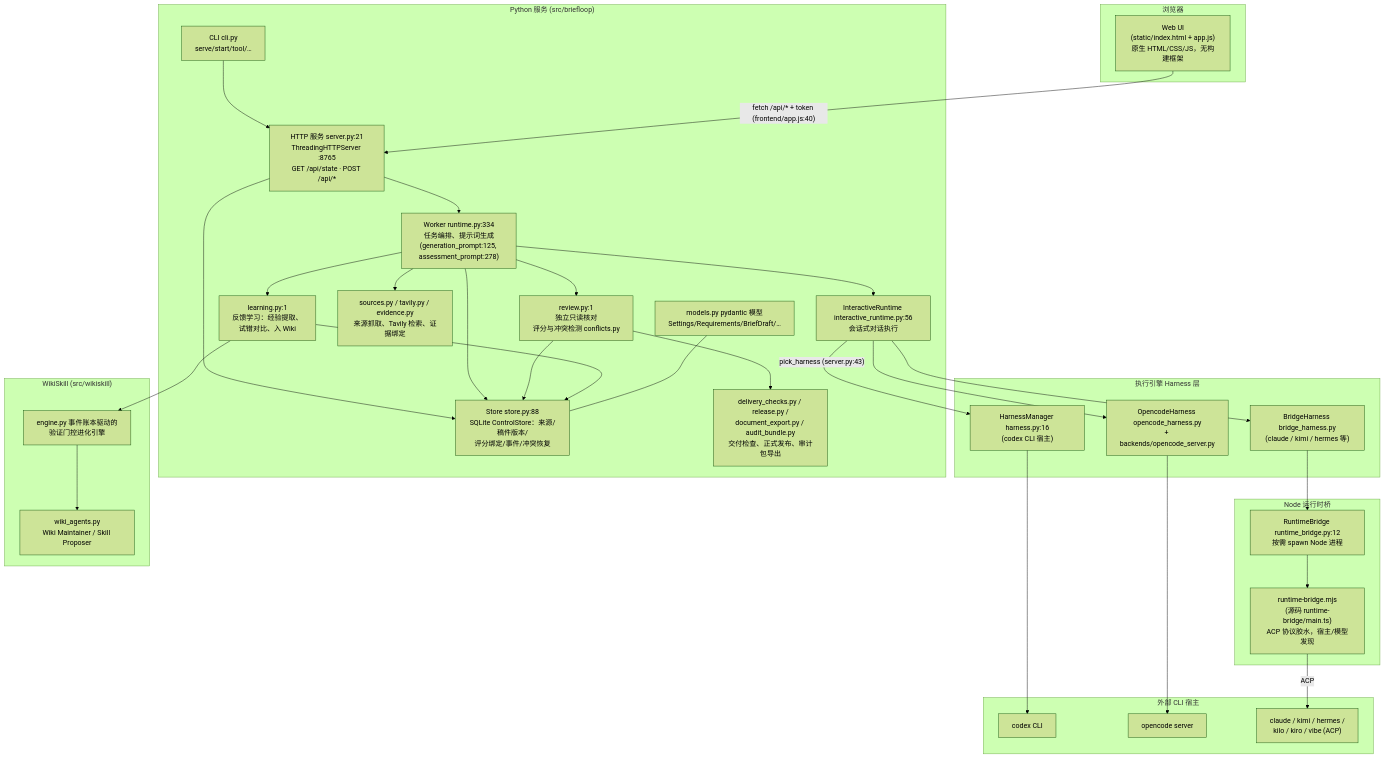
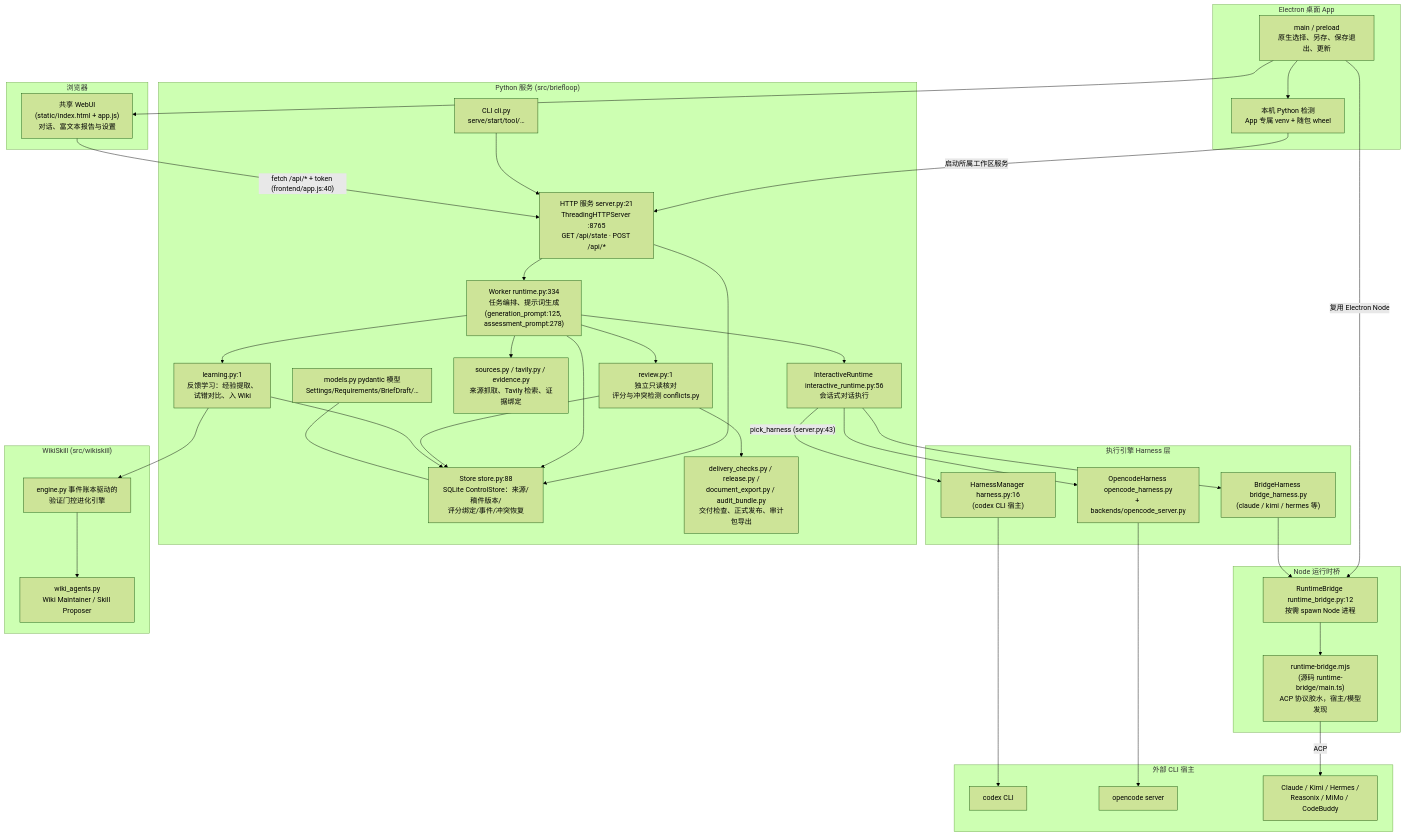
Before and after one commit to Stahl-G/briefloop: the diagram in docs/architecture.md, drawn with Mermaid (forest theme). The commit also changed other lines of this file and 1 other file, not shown here.

Commit message:
Update runtime and architecture guides for desktop release

````diff
--- a/docs/architecture.md
+++ b/docs/architecture.md
@@ -7,65 +7,74 @@
 ```mermaid
 flowchart TB
     subgraph 浏览器
-        UI["Web UI<br/>(static/index.html + app.js)<br/>原生 HTML/CSS/JS，无构建框架"]
+        UI["共享 WebUI<br/>(static/index.html + app.js)<br/>对话、富文本报告与设置"]
+    end
+
+    subgraph 桌面 ["Electron 桌面 App"]
+        APP["main / preload<br/>原生选择、另存、保存退出、更新"]
+        ENV["本机 Python 检测<br/>App 专属 venv + 随包 wheel"]
     end
 
     subgraph Python 服务 ["Python 服务 (src/briefloop)"]
         SRV["HTTP 服务 server.py:21<br/>ThreadingHTTPServer :8765<br/>GET /api/state · POST /api/*"]
         CLI["CLI cli.py<br/>serve/start/tool/…"]
         WK["Worker runtime.py:334<br/>任务编排、提示词生成<br/>(generation_prompt:125, assessment_prompt:278)"]
         IR["InteractiveRuntime interactive_runtime.py:56<br/>会话式对话执行"]
         ST["Store store.py:88<br/>SQLite ControlStore：来源/稿件版本/<br/>评分绑定/事件/冲突恢复"]
         MD["models.py pydantic 模型<br/>Settings/Requirements/BriefDraft/…"]
         SRC["sources.py / tavily.py / evidence.py<br/>来源抓取、Tavily 检索、证据绑定"]
         RV["review.py:1<br/>独立只读核对<br/>评分与冲突检测 conflicts.py"]
         DL["delivery_checks.py / release.py /<br/>document_export.py / audit_bundle.py<br/>交付检查、正式发布、审计包导出"]
         LRN["learning.py:1<br/>反馈学习：经验提取、<br/>试错对比、入 Wiki"]
     end
 
     subgraph 执行引擎层 ["执行引擎 Harness 层"]
         HM["HarnessManager harness.py:16<br/>(codex CLI 宿主)"]
         OH["OpencodeHarness opencode_harness.py<br/>+ backends/opencode_server.py"]
         BH["BridgeHarness bridge_harness.py<br/>(claude / kimi / hermes 等)"]
     end
 
     subgraph Node 桥 ["Node 运行时桥"]
         RB["RuntimeBridge runtime_bridge.py:12<br/>按需 spawn Node 进程"]
         TS["runtime-bridge.mjs<br/>(源码 runtime-bridge/main.ts)<br/>ACP 协议胶水，宿主/模型发现"]
     end
 
     subgraph 模型宿主 ["外部 CLI 宿主"]
         CODEX["codex CLI"]
         OC["opencode server"]
-        ACP["claude / kimi / hermes /<br/>kilo / kiro / vibe (ACP)"]
+        ACP["Claude / Kimi / Hermes /<br/>Reasonix / MiMo / CodeBuddy"]
     end
 
     subgraph 学习与技能 ["WikiSkill (src/wikiskill)"]
         ENG["engine.py 事件账本驱动的<br/>验证门控进化引擎"]
         WAG["wiki_agents.py<br/>Wiki Maintainer / Skill Proposer"]
     end
 
+    APP --> UI
+    APP --> ENV
+    ENV -- "启动所属工作区服务" --> SRV
+    APP -- "复用 Electron Node" --> RB
     CLI --> SRV
     UI -- "fetch /api/* + token (frontend/app.js:40)" --> SRV
     SRV --> ST
     SRV --> WK
     WK --> IR
     IR -- pick_harness (server.py:43) --> HM
     IR --> OH
     IR --> BH
     BH --> RB
     RB --> TS
     TS -- ACP --> ACP
     HM --> CODEX
     OH --> OC
     WK --> SRC
     WK --> ST
     WK --> RV
     RV --> ST
     RV --> DL
     WK --> LRN
     LRN --> ST
     LRN --> ENG
     ENG --> WAG
     MD --- ST
 ```
````
